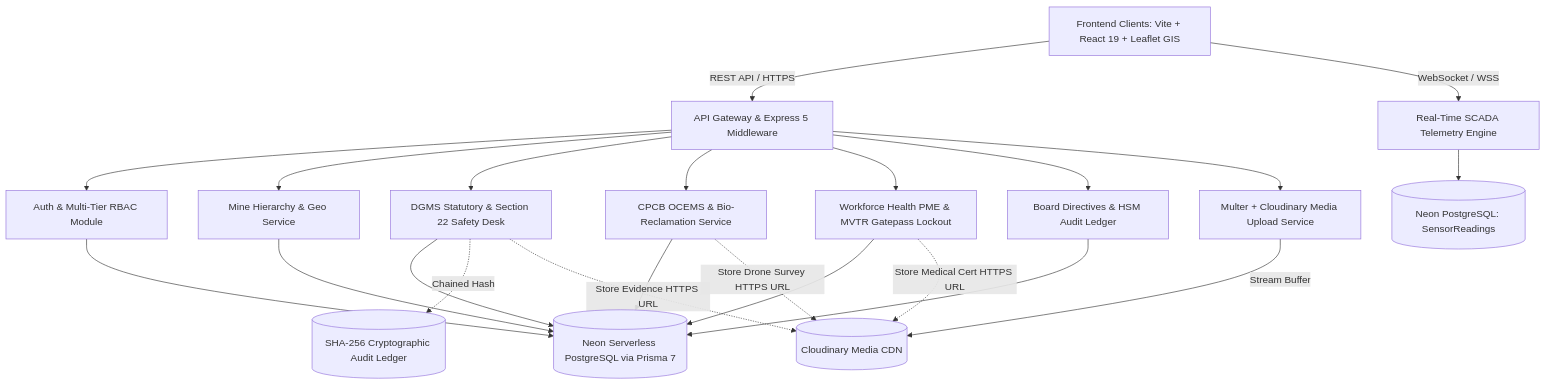
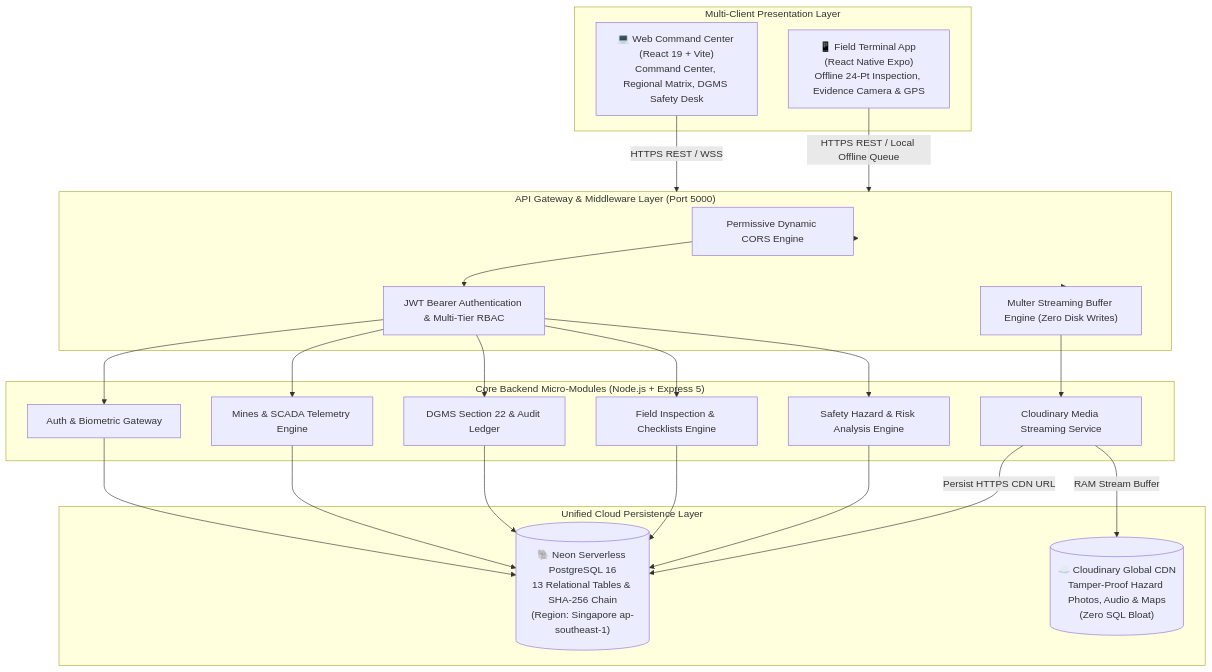
One commit to Sahilbasu5101/MINEGOV_AI changed the diagram in implementation_plan.md. Above: the diagram before and after it, drawn with Mermaid. The commit also changed other lines of this file and 12 other files, not shown here.

Commit message:
feat: integrate mobile app with unified backend, Cloudinary, and Neon PostgreSQL

````diff
--- a/implementation_plan.md
+++ b/implementation_plan.md
@@ -47,27 +53,46 @@
 ```mermaid
-graph TD
-    Client[Frontend Clients: Vite + React 19 + Leaflet GIS] -->|REST API / HTTPS| Gateway[API Gateway & Express 5 Middleware]
-    Client -->|WebSocket / WSS| WSEngine[Real-Time SCADA Telemetry Engine]
-    
-    Gateway --> AuthModule[Auth & Multi-Tier RBAC Module]
-    Gateway --> MineHierarchy[Mine Hierarchy & Geo Service]
-    Gateway --> SafetyModule[DGMS Statutory & Section 22 Safety Desk]
-    Gateway --> EnvModule[CPCB OCEMS & Bio-Reclamation Service]
-    Gateway --> WorkforceModule[Workforce Health PME & MVTR Gatepass Lockout]
-    Gateway --> EscalationModule[Board Directives & HSM Audit Ledger]
-    Gateway --> UploadModule[Multer + Cloudinary Media Upload Service]
-    
-    UploadModule -->|Stream Buffer| CloudinaryCDN[(Cloudinary Media CDN)]
-    WSEngine --> TelemetryStore[(Neon PostgreSQL: SensorReadings)]
-    AuthModule --> RelationalDB[(Neon Serverless PostgreSQL via Prisma 7)]
-    MineHierarchy --> RelationalDB
-    SafetyModule --> RelationalDB
-    EnvModule --> RelationalDB
-    WorkforceModule --> RelationalDB
-    EscalationModule --> RelationalDB
-    
-    SafetyModule -.->|Chained Hash| AuditLedger[(SHA-256 Cryptographic Audit Ledger)]
-    SafetyModule -.->|Store Evidence HTTPS URL| CloudinaryCDN
-    WorkforceModule -.->|Store Medical Cert HTTPS URL| CloudinaryCDN
-    EnvModule -.->|Store Drone Survey HTTPS URL| CloudinaryCDN
+flowchart TD
+    subgraph ClientTier["Multi-Client Presentation Layer"]
+        Web["💻 Web Command Center (React 19 + Vite)<br/>Command Center, Regional Matrix, DGMS Safety Desk"]
+        Mobile["📱 Field Terminal App (React Native Expo)<br/>Offline 24-Pt Inspection, Evidence Camera & GPS"]
+    end
+
+    subgraph GatewayTier["API Gateway & Middleware Layer (Port 5000)"]
+        CORS["Permissive Dynamic CORS Engine"]
+        JWTAuth["JWT Bearer Authentication & Multi-Tier RBAC"]
+        MulterStorage["Multer Streaming Buffer Engine (Zero Disk Writes)"]
+    end
+
+    subgraph ServiceTier["Core Backend Micro-Modules (Node.js + Express 5)"]
+        AuthSvc["Auth & Biometric Gateway"]
+        MinesSvc["Mines & SCADA Telemetry Engine"]
+        SafetySvc["DGMS Section 22 & Audit Ledger"]
+        UploadSvc["Cloudinary Media Streaming Service"]
+        InspSvc["Field Inspection & Checklists Engine"]
+        IssueSvc["Safety Hazard & Risk Analysis Engine"]
+    end
+
+    subgraph PersistenceTier["Unified Cloud Persistence Layer"]
+        NeonDB[("🐘 Neon Serverless PostgreSQL 16<br/>13 Relational Tables & SHA-256 Chain<br/>(Region: Singapore ap-southeast-1)")]
+        CloudinaryCDN[("☁️ Cloudinary Global CDN<br/>Tamper-Proof Hazard Photos, Audio & Maps<br/>(Zero SQL Bloat)")]
+    end
+
+    Web -->|HTTPS REST / WSS| GatewayTier
+    Mobile -->|HTTPS REST / Local Offline Queue| GatewayTier
+
+    GatewayTier --> CORS --> JWTAuth
+    JWTAuth --> AuthSvc
+    JWTAuth --> MinesSvc
+    JWTAuth --> SafetySvc
+    JWTAuth --> InspSvc
+    JWTAuth --> IssueSvc
+    GatewayTier --> MulterStorage --> UploadSvc
+
+    AuthSvc --> NeonDB
+    MinesSvc --> NeonDB
+    SafetySvc --> NeonDB
+    InspSvc --> NeonDB
+    IssueSvc --> NeonDB
+    UploadSvc -->|RAM Stream Buffer| CloudinaryCDN
+    UploadSvc -->|Persist HTTPS CDN URL| NeonDB
 ```
````
